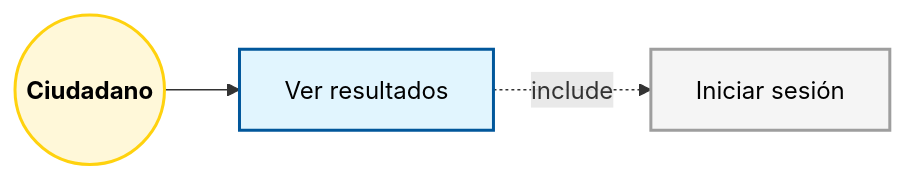
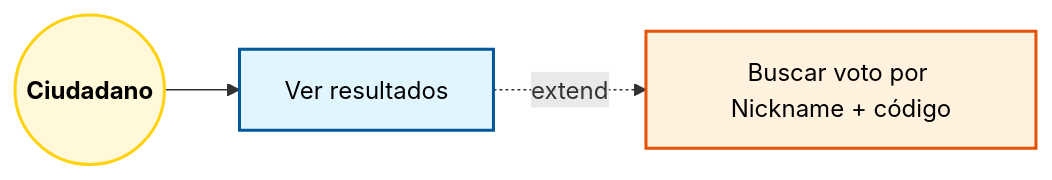
Before and after one commit to OnyxVariables/AGORA: the ninth of 15 diagrams in docs/Diagrama_CasosdeUso.md, drawn with Mermaid. The commit also changed other lines of this file and 2 other files, not shown here.

Commit message:
Add two use of case (Poner nickname y buscar voto) and update the others diagrams

````diff
--- a/docs/Diagrama_CasosdeUso.md
+++ b/docs/Diagrama_CasosdeUso.md
@@ -182,10 +223,9 @@
 ```mermaid
 graph LR
     classDef actor fill:#fff8d9,stroke:#ffd20e,stroke-width:2px,color:#000
     classDef primario fill:#e1f5fe,stroke:#01579b,stroke-width:2px,color:#000
-    classDef soporte fill:#f5f5f5,stroke:#9e9e9e,stroke-width:2px,color:#000
-
+    classDef extendido fill:#fff3e0,stroke:#e65100,stroke-width:2px,color:#000
+    
     Ciudadano((<b>Ciudadano</b>)):::actor
-    Ciudadano --> UC_Resultados[Ver resultados]:::primario
-    UC_Resultados -.->|include| UC_Login[Iniciar sesión]:::soporte
+    Ciudadano --> UC_Resultados[Ver resultados]:::primario -.-> |extend| UC_Buscar[Buscar voto por Nickname + código]:::extendido
 ``` 
````
